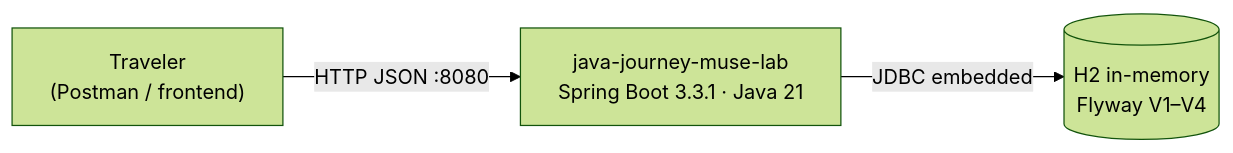
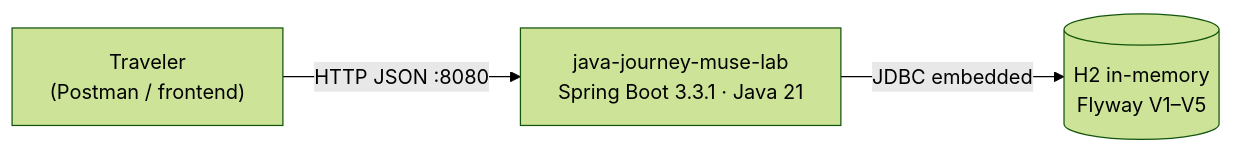
Before and after one commit to Andersonlimahw/java-journey-muse-lab: the first of 3 diagrams in docs/architecture.md, drawn with Mermaid (forest theme). The commit also changed other lines of this file and 14 other files, not shown here.

````diff
--- a/docs/architecture.md
+++ b/docs/architecture.md
@@ -9,5 +10,5 @@
 ```mermaid
 flowchart LR
     U["Traveler<br/>(Postman / frontend)"] -->|HTTP JSON :8080| API["java-journey-muse-lab<br/>Spring Boot 3.3.1 · Java 21"]
-    API -->|JDBC embedded| DB[("H2 in-memory<br/>Flyway V1–V4")]
+    API -->|JDBC embedded| DB[("H2 in-memory<br/>Flyway V1–V5")]
 ```
````
